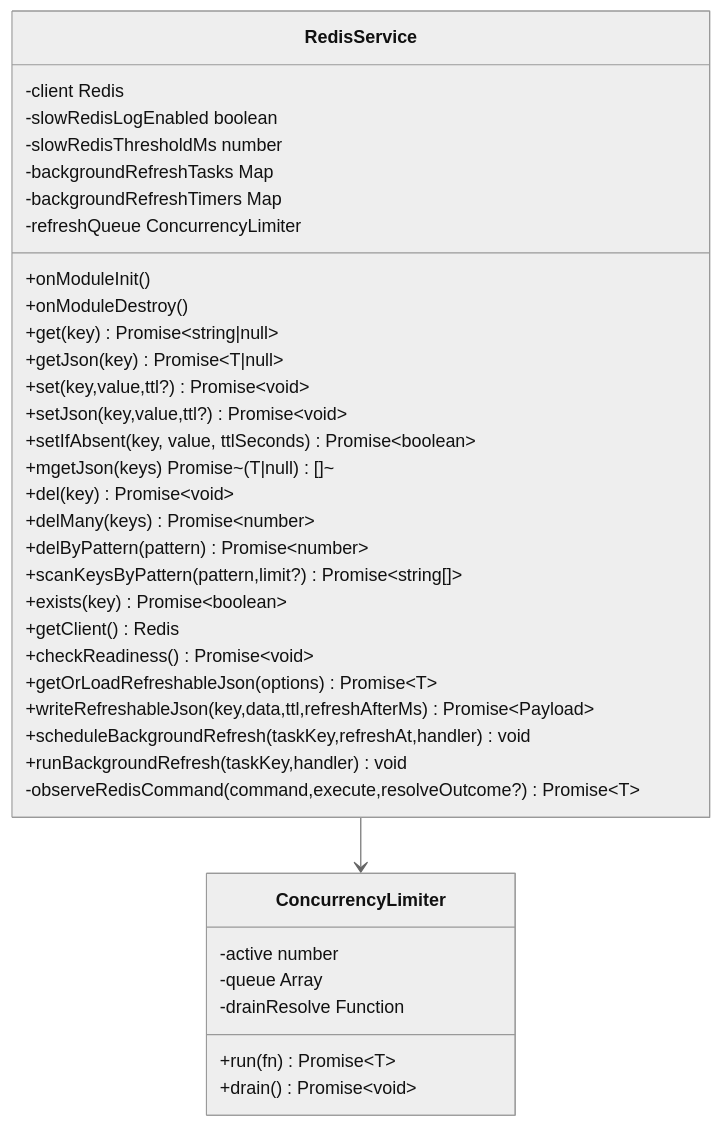
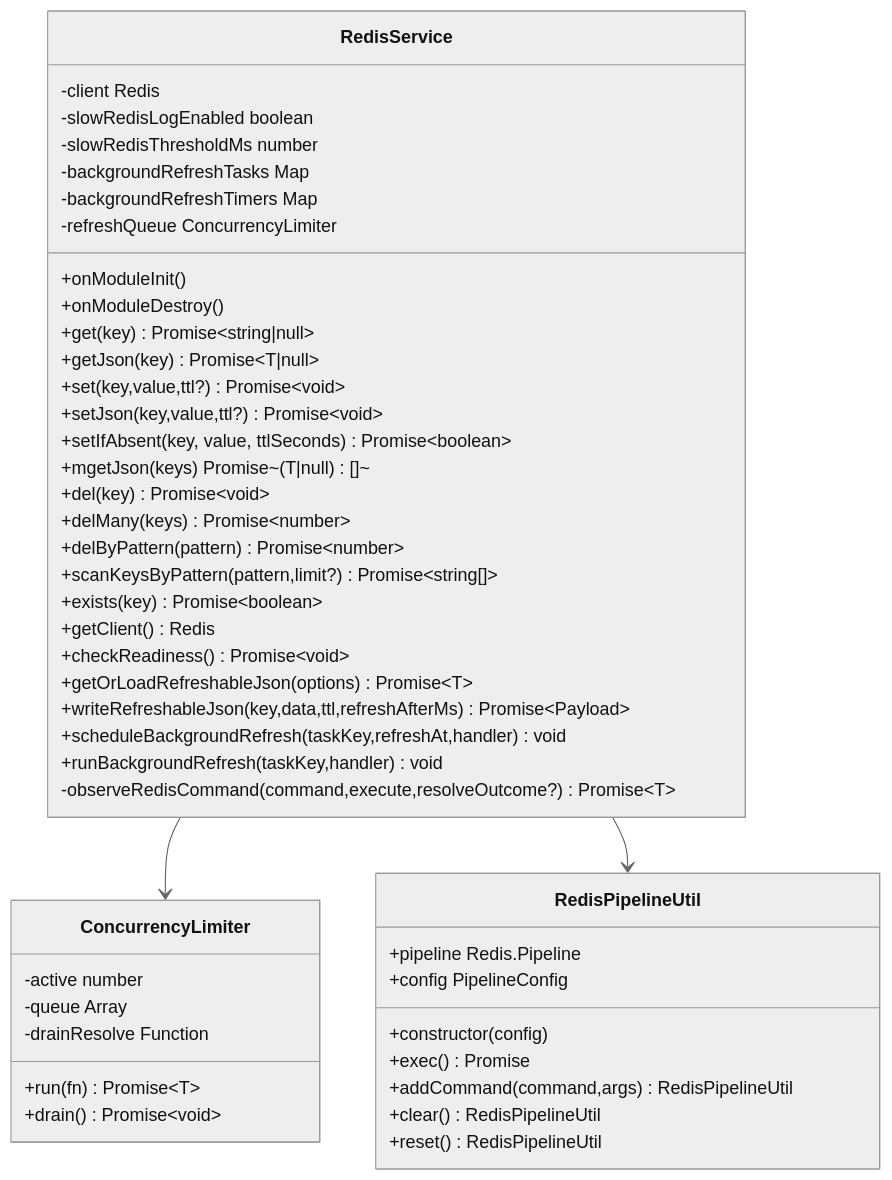
One commit to rc558620/purelyprofit-server changed the sixth of 12 diagrams in .qoder/repowiki/zh/content/缓存系统/缓存系统.md. Above: the diagram before and after it, drawn with Mermaid (neutral theme). The commit also changed other lines of this file and 10 other files, not shown here.

````diff
--- a/.qoder/repowiki/zh/content/缓存系统/缓存系统.md
+++ b/.qoder/repowiki/zh/content/缓存系统/缓存系统.md
@@ -432,39 +449,49 @@
 ```mermaid
 classDiagram
 class RedisService {
 -client Redis
 -slowRedisLogEnabled boolean
 -slowRedisThresholdMs number
 -backgroundRefreshTasks Map
 -backgroundRefreshTimers Map
 -refreshQueue ConcurrencyLimiter
 +onModuleInit()
 +onModuleDestroy()
 +get(key) Promise~string|null~
 +getJson(key) Promise~T|null~
 +set(key,value,ttl?) Promise~void~
 +setJson(key,value,ttl?) Promise~void~
 +setIfAbsent(key, value, ttlSeconds) Promise~boolean~
 +mgetJson<T>(keys) Promise~(T|null)[]~
 +del(key) Promise~void~
 +delMany(keys) Promise~number~
 +delByPattern(pattern) Promise~number~
 +scanKeysByPattern(pattern,limit?) Promise~string[]~
 +exists(key) Promise~boolean~
 +getClient() Redis
 +checkReadiness() Promise~void~
 +getOrLoadRefreshableJson(options) Promise~T~
 +writeRefreshableJson(key,data,ttl,refreshAfterMs) Promise~Payload~
 +scheduleBackgroundRefresh(taskKey,refreshAt,handler) void
 +runBackgroundRefresh(taskKey,handler) void
 -observeRedisCommand(command,execute,resolveOutcome?) Promise~T~
 }
 class ConcurrencyLimiter {
 -active number
 -queue Array
 -drainResolve Function
 +run(fn) Promise~T~
 +drain() Promise~void~
 }
+class RedisPipelineUtil {
++pipeline Redis.Pipeline
++config PipelineConfig
++constructor(config)
++exec() Promise<any[]>
++addCommand(command,args) RedisPipelineUtil
++clear() RedisPipelineUtil
++reset() RedisPipelineUtil
+}
 RedisService --> ConcurrencyLimiter
+RedisService --> RedisPipelineUtil
 ```
````
